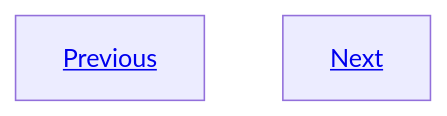
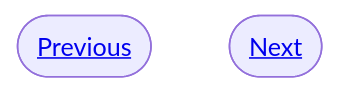
The second of 2 diagrams in 1-oops/ProgrammingParadigm.md (Saravana1992-java/java-tutorial), drawn with Mermaid before and after one commit. The commit also changed 12 other files, not shown here.

````diff
--- a/1-oops/ProgrammingParadigm.md
+++ b/1-oops/ProgrammingParadigm.md
@@ -205,7 +205,7 @@
 ```mermaid
 flowchart TD
-    README["<a href='./Saravana1992-java/java-tutorial/blob/main/Readme.md/'>Previous</a>"]
+    README(["<a href='./Saravana1992-java/java-tutorial/blob/main/Readme.md/'>Previous</a>"])
 
-    OOPS["<a href='./Saravana1992-java/java-tutorial/blob/main/1-oops/OOPS.md/'>Next</a>"]
+    OOPS(["<a href='./Saravana1992-java/java-tutorial/blob/main/1-oops/OOPS.md/'>Next</a>"])
 
 ```
````
